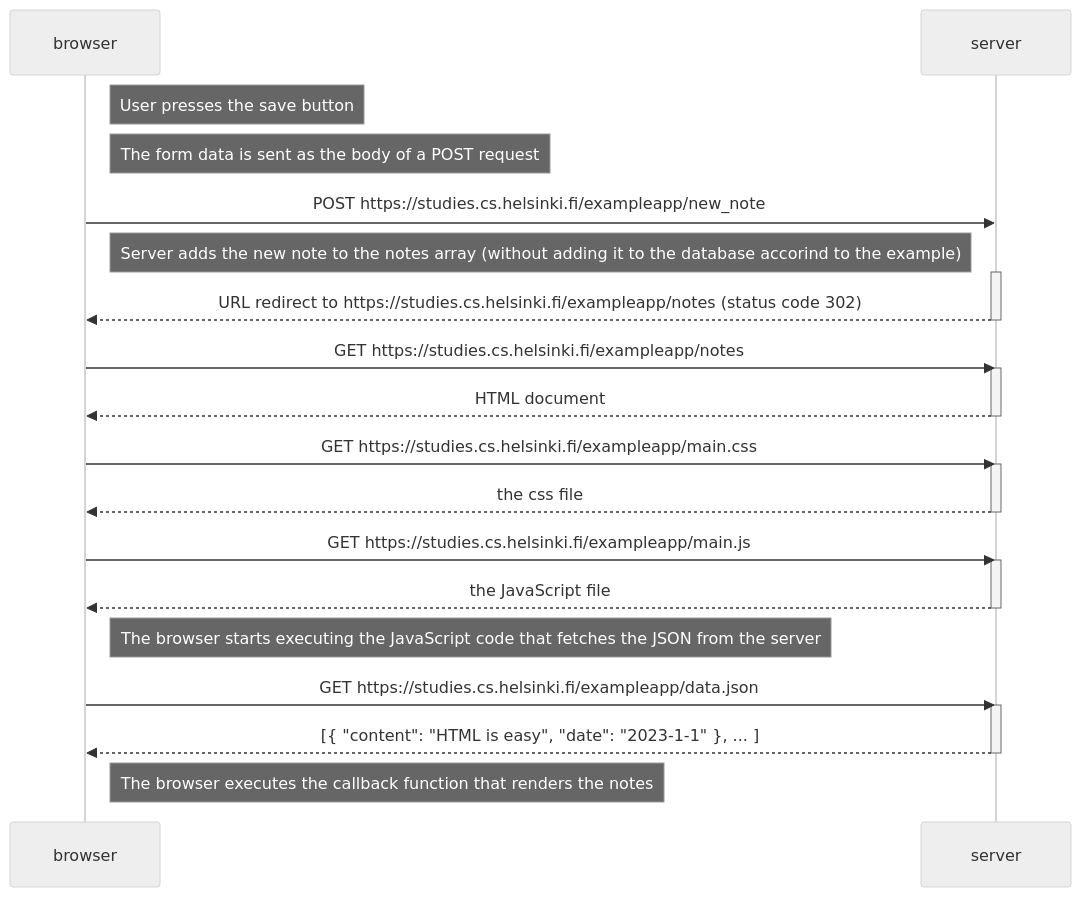
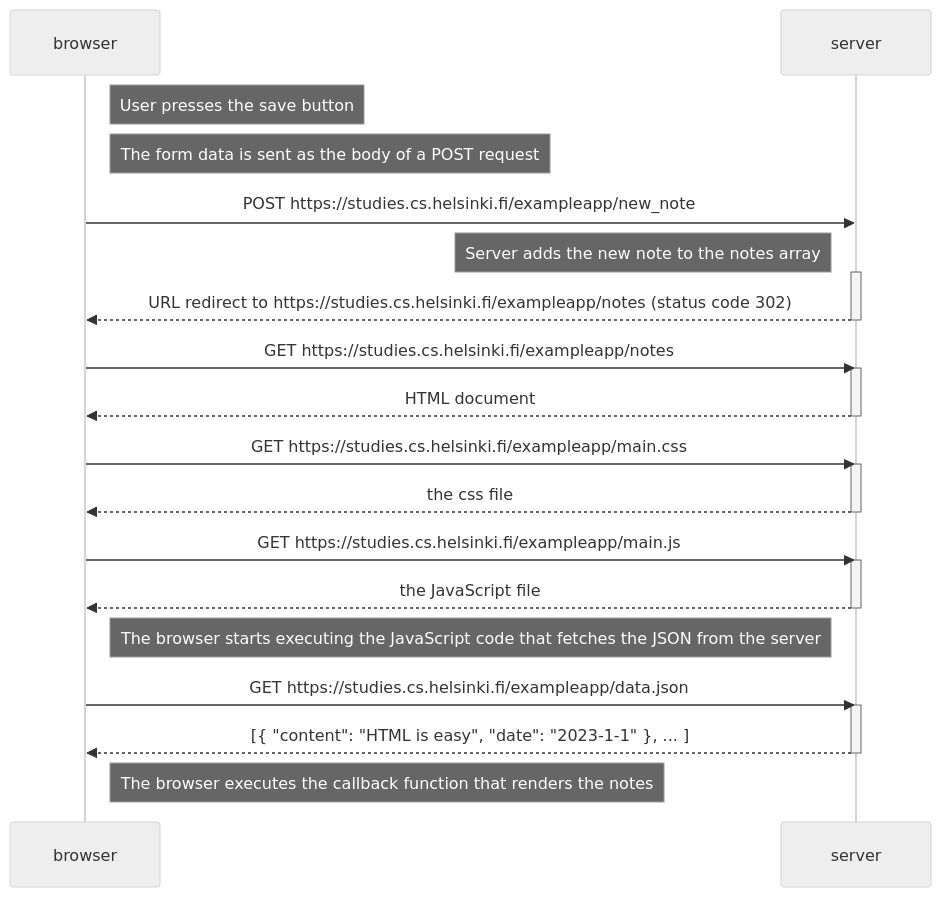
Before and after one commit to MohamedSiala/FullStackOpen: the diagram in Part 0/0.4 New note diagram.md, drawn with Mermaid (neutral theme).

Commit message:
new note diagram

````diff
--- a/Part 0/0.4 New note diagram.md
+++ b/Part 0/0.4 New note diagram.md
@@ -1,39 +1,39 @@
 ```mermaid
 sequenceDiagram
     participant browser
     participant server
 
     Note right of browser: User presses the save button
     Note right of browser: The form data is sent as the body of a POST request
     browser->>server: POST https://studies.cs.helsinki.fi/exampleapp/new_note
 
-    Note left of server: Server adds the new note to the notes array (without adding it to the database accorind to the example)
+    Note left of server: Server adds the new note to the notes array
 
     activate server
     server-->>browser: URL redirect to https://studies.cs.helsinki.fi/exampleapp/notes (status code 302)
     deactivate server
 
     browser->>server: GET https://studies.cs.helsinki.fi/exampleapp/notes
     activate server
     server-->>browser: HTML document
     deactivate server
 
     browser->>server: GET https://studies.cs.helsinki.fi/exampleapp/main.css
     activate server
     server-->>browser: the css file
     deactivate server
 
     browser->>server: GET https://studies.cs.helsinki.fi/exampleapp/main.js
     activate server
     server-->>browser: the JavaScript file
     deactivate server
 
     Note right of browser: The browser starts executing the JavaScript code that fetches the JSON from the server
 
     browser->>server: GET https://studies.cs.helsinki.fi/exampleapp/data.json
     activate server
     server-->>browser: [{ "content": "HTML is easy", "date": "2023-1-1" }, ... ]
     deactivate server
 
     Note right of browser: The browser executes the callback function that renders the notes
 ```
````
